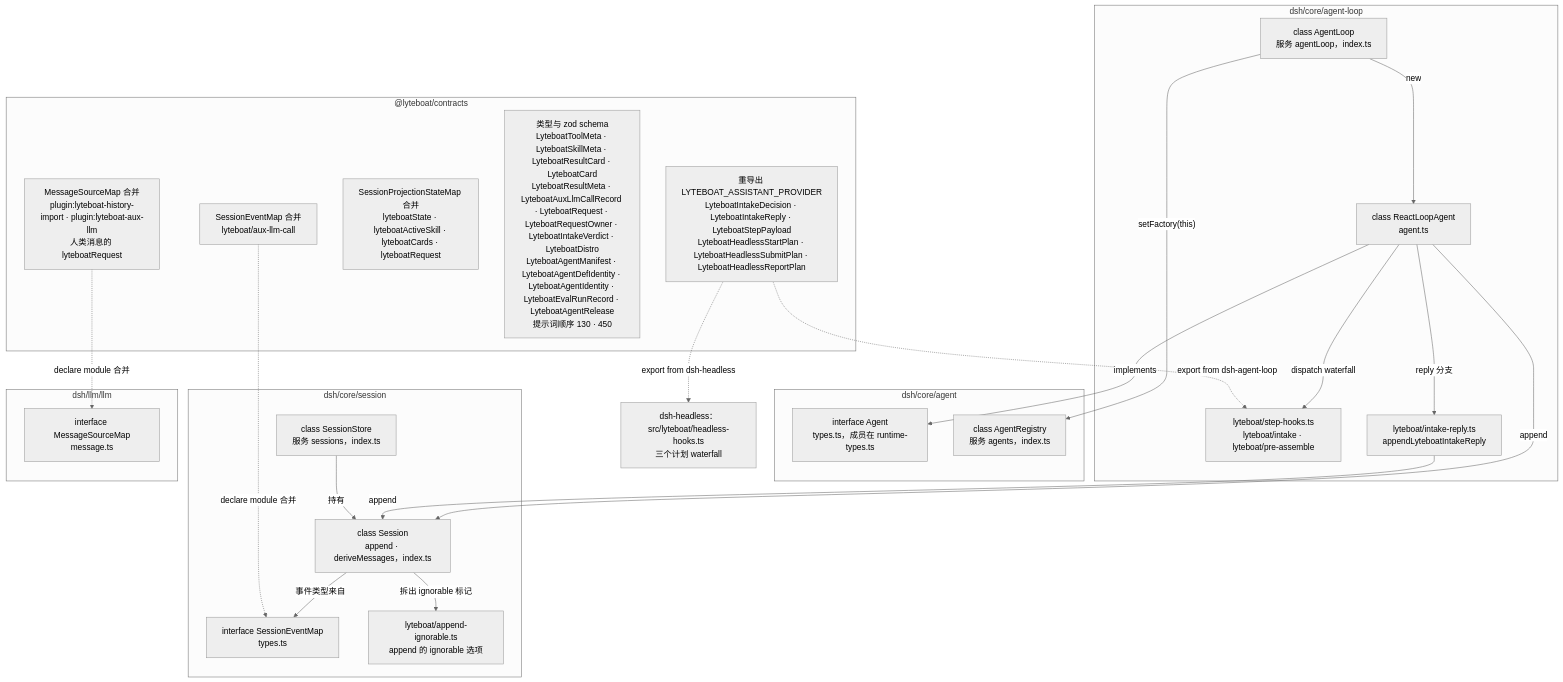
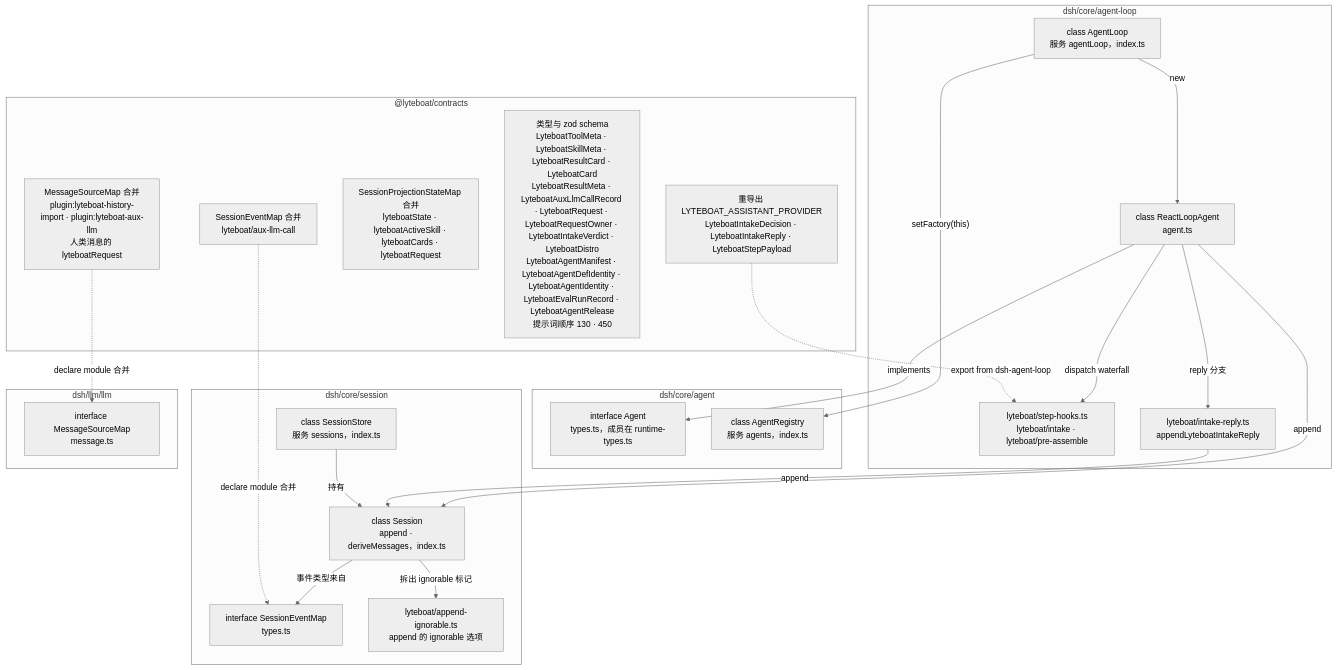
The fourth of 11 diagrams in docs/01-architecture.md (lyteboat/lyteboat), drawn with Mermaid (neutral theme) before and after one commit. The commit also changed other lines of this file and 4 other files, not shown here.

First line of the commit message:
docs: @lyteboat/headless — the docs run business agents through serve and /chat

````diff
--- a/docs/01-architecture.md
+++ b/docs/01-architecture.md
@@ -278,43 +278,42 @@
 ```mermaid
 flowchart TB
   subgraph AGT["dsh/core/agent"]
     agentT["interface Agent<br/>types.ts，成员在 runtime-types.ts"]
     reg["class AgentRegistry<br/>服务 agents，index.ts"]
   end
   subgraph LOOP["dsh/core/agent-loop"]
     al["class AgentLoop<br/>服务 agentLoop，index.ts"]
     rla["class ReactLoopAgent<br/>agent.ts"]
     hooks["lyteboat/step-hooks.ts<br/>lyteboat/intake · lyteboat/pre-assemble"]
     reply["lyteboat/intake-reply.ts<br/>appendLyteboatIntakeReply"]
   end
   subgraph SESS["dsh/core/session"]
     store["class SessionStore<br/>服务 sessions，index.ts"]
     sess["class Session<br/>append · deriveMessages，index.ts"]
     sem["interface SessionEventMap<br/>types.ts"]
     ign["lyteboat/append-ignorable.ts<br/>append 的 ignorable 选项"]
   end
   subgraph LLMP["dsh/llm/llm"]
     msm["interface MessageSourceMap<br/>message.ts"]
   end
   subgraph CON["@lyteboat/contracts"]
     cEv["SessionEventMap 合并<br/>lyteboat/aux-llm-call"]
     cSrc["MessageSourceMap 合并<br/>plugin:lyteboat-history-import · plugin:lyteboat-aux-llm<br/>人类消息的 lyteboatRequest"]
     cProj["SessionProjectionStateMap 合并<br/>lyteboatState · lyteboatActiveSkill · lyteboatCards · lyteboatRequest"]
     cMeta["类型与 zod schema<br/>LyteboatToolMeta · LyteboatSkillMeta · LyteboatResultCard · LyteboatCard<br/>LyteboatResultMeta · LyteboatAuxLlmCallRecord · LyteboatRequest · LyteboatRequestOwner · LyteboatIntakeVerdict · LyteboatDistro<br/>LyteboatAgentManifest · LyteboatAgentDefIdentity · LyteboatAgentIdentity · LyteboatEvalRunRecord · LyteboatAgentRelease<br/>提示词顺序 130 · 450"]
-    cRe["重导出 LYTEBOAT_ASSISTANT_PROVIDER<br/>LyteboatIntakeDecision · LyteboatIntakeReply · LyteboatStepPayload<br/>LyteboatHeadlessStartPlan · LyteboatHeadlessSubmitPlan · LyteboatHeadlessReportPlan"]
+    cRe["重导出 LYTEBOAT_ASSISTANT_PROVIDER<br/>LyteboatIntakeDecision · LyteboatIntakeReply · LyteboatStepPayload"]
   end
   al -->|"setFactory(this)"| reg
   al -->|"new"| rla
   rla -->|"implements"| agentT
   rla -->|"dispatch waterfall"| hooks
   rla -->|"reply 分支"| reply
   rla -->|"append"| sess
   reply -->|"append"| sess
   store -->|"持有"| sess
   sess -->|"事件类型来自"| sem
   sess -->|"拆出 ignorable 标记"| ign
   cEv -.->|"declare module 合并"| sem
   cSrc -.->|"declare module 合并"| msm
   cRe -.->|"export from dsh-agent-loop"| hooks
-  cRe -.->|"export from dsh-headless"| hh["dsh-headless：src/lyteboat/headless-hooks.ts<br/>三个计划 waterfall"]
 ```
````
